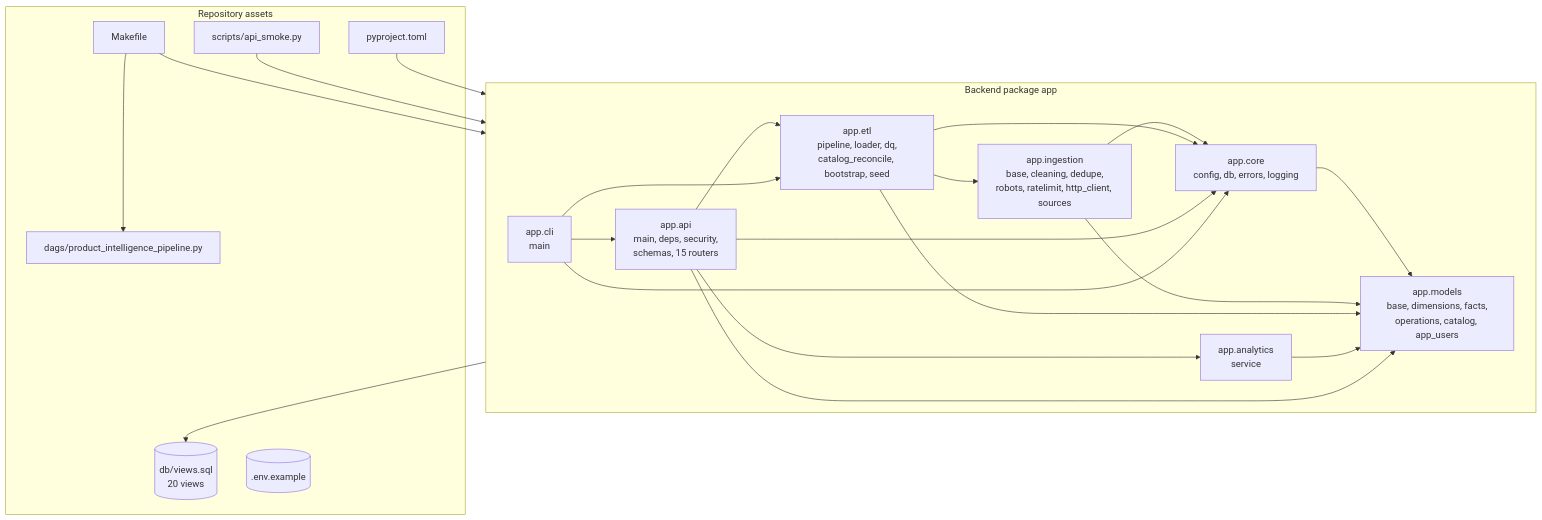
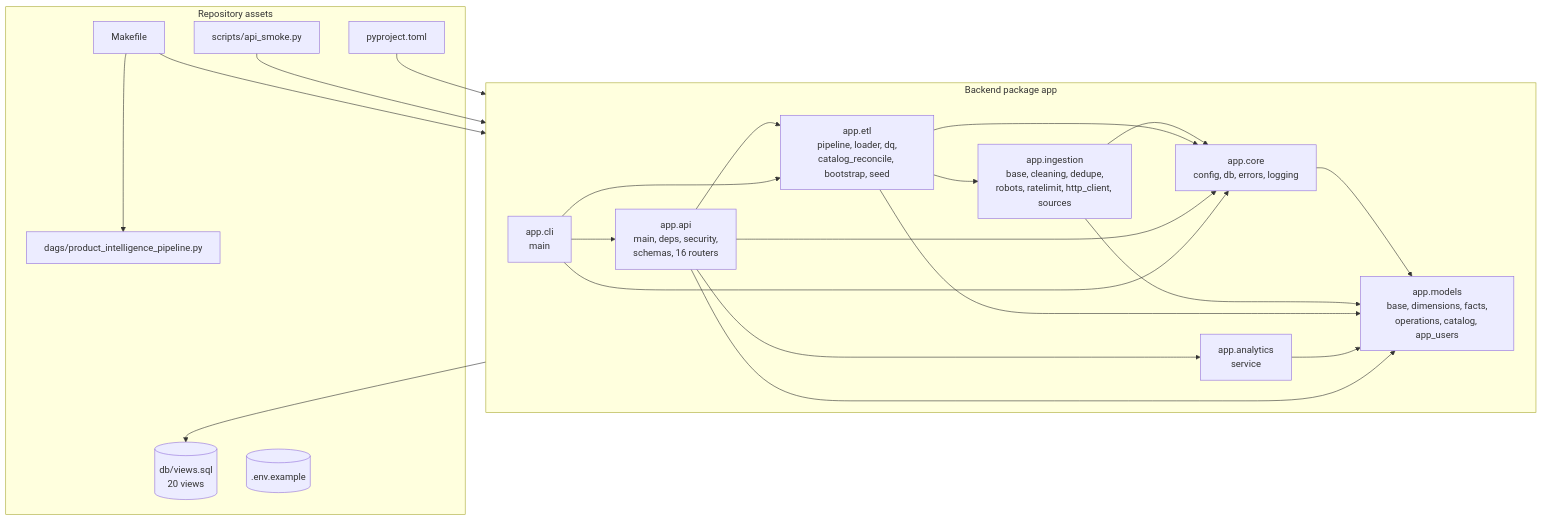
The second of 3 diagrams in docs/13_deployment.md (Ahmedbakr78/Web-to-Warehouse-Product-Intelligence-Pipeline), drawn with Mermaid before and after one commit. The commit also changed other lines of this file and 14 other files, not shown here.

````diff
--- a/docs/13_deployment.md
+++ b/docs/13_deployment.md
@@ -165,42 +165,42 @@
 ```mermaid
 flowchart TB
     subgraph BACK["Backend package app"]
         direction LR
         CORE["app.core<br/>config, db, errors, logging"]
         ING["app.ingestion<br/>base, cleaning, dedupe,<br/>robots, ratelimit, http_client, sources"]
         ETL["app.etl<br/>pipeline, loader, dq,<br/>catalog_reconcile, bootstrap, seed"]
         ANA["app.analytics<br/>service"]
-        API["app.api<br/>main, deps, security,<br/>schemas, 15 routers"]
+        API["app.api<br/>main, deps, security,<br/>schemas, 16 routers"]
         MODELS["app.models<br/>base, dimensions, facts,<br/>operations, catalog, app_users"]
         CLIM["app.cli<br/>main"]
     end
 
     subgraph ASSETS["Repository assets"]
         SQL[("db/views.sql<br/>20 views")]
         DAG["dags/product_intelligence_pipeline.py"]
         MK["Makefile"]
         ENV[(".env.example")]
         SMOKE["scripts/api_smoke.py"]
         CFG["pyproject.toml"]
     end
 
     CORE --> MODELS
     ING --> CORE
     ING --> MODELS
     ETL --> CORE
     ETL --> ING
     ETL --> MODELS
     ANA --> MODELS
     API --> ANA
     API --> ETL
     API --> MODELS
     API --> CORE
     CLIM --> ETL
     CLIM --> API
     CLIM --> CORE
     ETL --> SQL
     MK --> CLIM
     MK --> DAG
     SMOKE --> API
     CFG --> CORE
 ```
````
